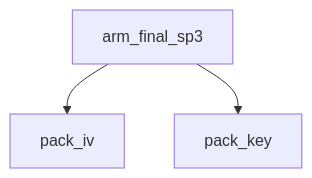
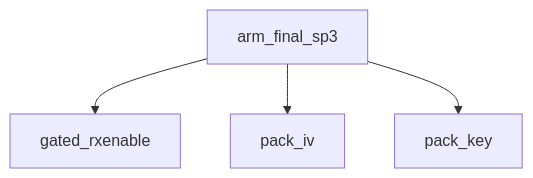
Before and after one commit to jonathan-shc/UWB: the diagram in docs/architecture/modules.woz_uwb.src.ccc/ccc_shim_rx.c.md, drawn with Mermaid. The commit also changed other lines of this file and 18 other files, not shown here.

````diff
--- a/docs/architecture/modules.woz_uwb.src.ccc/ccc_shim_rx.c.md
+++ b/docs/architecture/modules.woz_uwb.src.ccc/ccc_shim_rx.c.md
@@ -8,5 +8,6 @@
 ```mermaid
 flowchart TD
+  arm_final_sp3 --> gated_rxenable
   arm_final_sp3 --> pack_iv
   arm_final_sp3 --> pack_key
 ```
````
